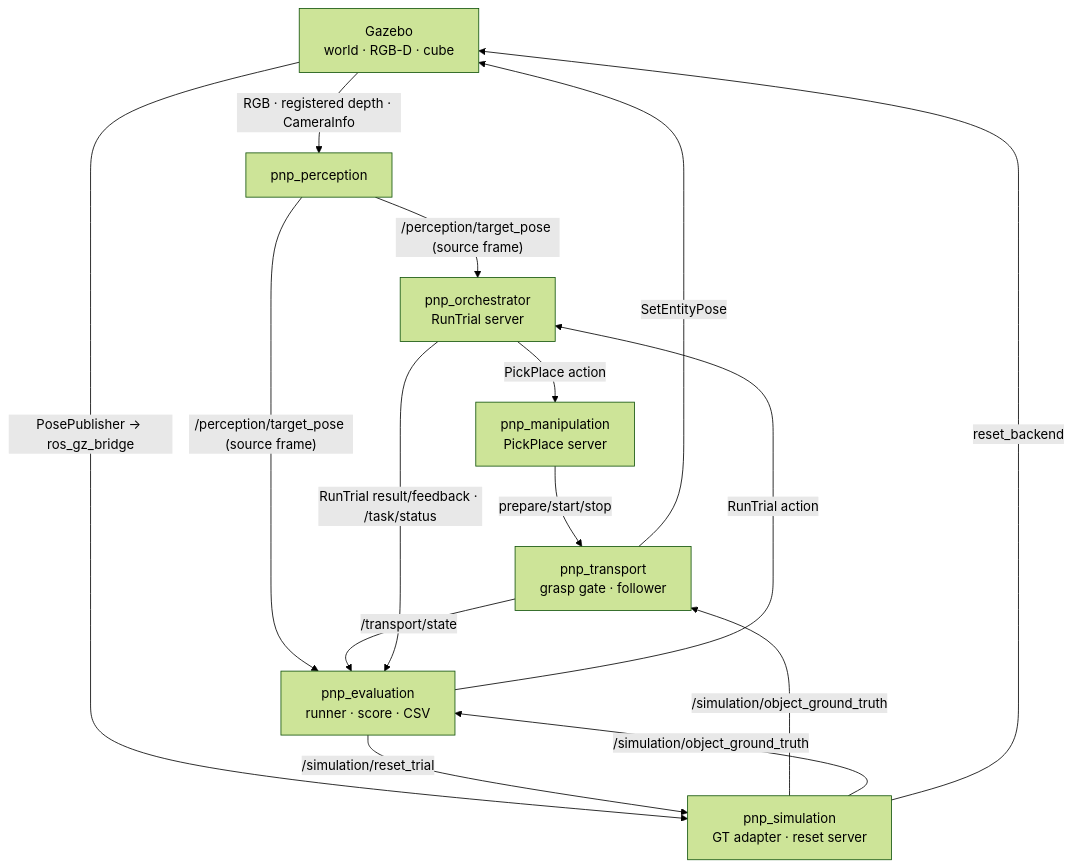
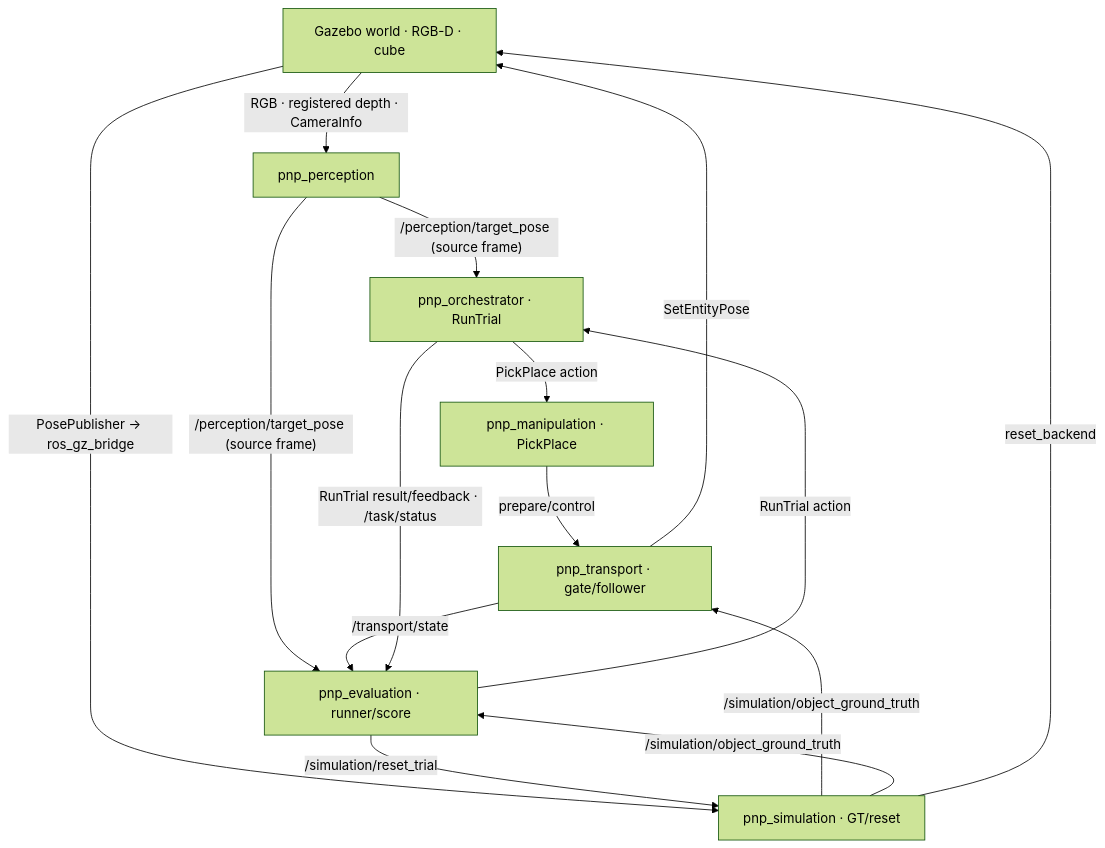
Before and after one commit to GIST-ISAAC-Robotics/2026-pnp-study: the diagram in curriculum.md, drawn with Mermaid (forest theme). The commit also changed other lines of this file and 4 other files, not shown here.

````diff
--- a/curriculum.md
+++ b/curriculum.md
@@ -444,25 +482,25 @@
 ```mermaid
 flowchart TD
-    G["Gazebo<br>world · RGB-D · cube"]
-    S["pnp_simulation<br>GT adapter · reset server"]
+    G["Gazebo world · RGB-D · cube"]
+    S["pnp_simulation · GT/reset"]
     P["pnp_perception"]
-    E["pnp_evaluation<br>runner · score · CSV"]
-    O["pnp_orchestrator<br>RunTrial server"]
-    M["pnp_manipulation<br>PickPlace server"]
-    T["pnp_transport<br>grasp gate · follower"]
+    E["pnp_evaluation · runner/score"]
+    O["pnp_orchestrator · RunTrial"]
+    M["pnp_manipulation · PickPlace"]
+    T["pnp_transport · gate/follower"]
 
     G -->|"RGB · registered depth · CameraInfo"| P
     G -->|"PosePublisher → ros_gz_bridge"| S
     S -->|"/simulation/object_ground_truth"| T
     S -->|"/simulation/object_ground_truth"| E
     P -->|"/perception/target_pose (source frame)"| O
     P -->|"/perception/target_pose (source frame)"| E
     E -->|"/simulation/reset_trial"| S
     S -->|"reset_backend"| G
     E -->|"RunTrial action"| O
     O -->|"PickPlace action"| M
-    M -->|"prepare/start/stop"| T
+    M -->|"prepare/control"| T
     T -->|"SetEntityPose"| G
     T -->|"/transport/state"| E
     O -->|"RunTrial result/feedback · /task/status"| E
 ```
````
